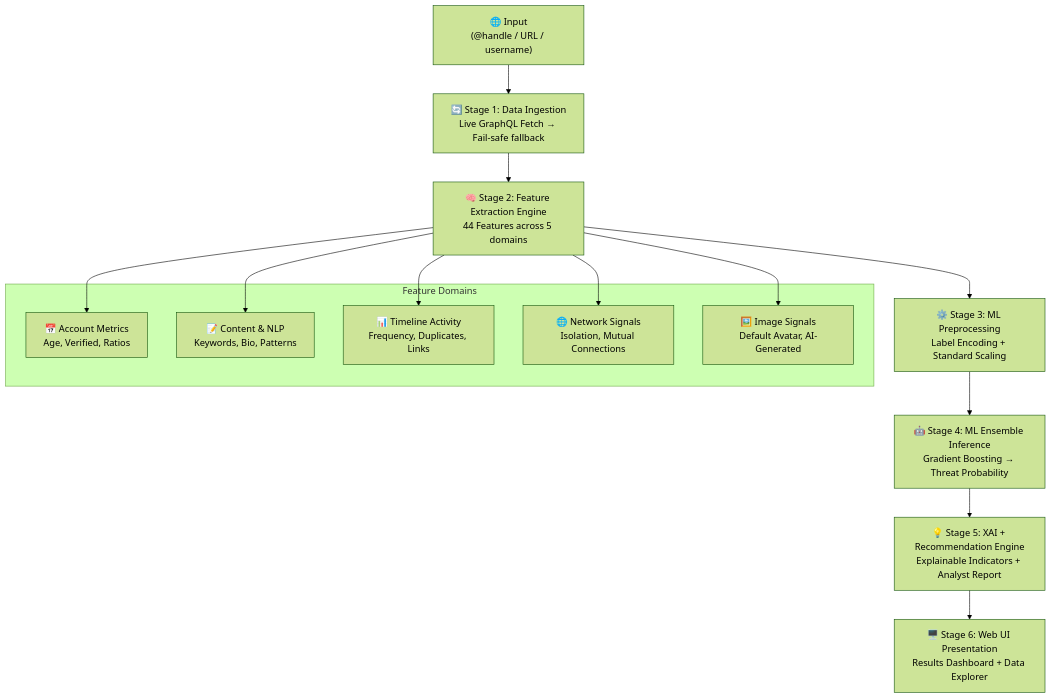
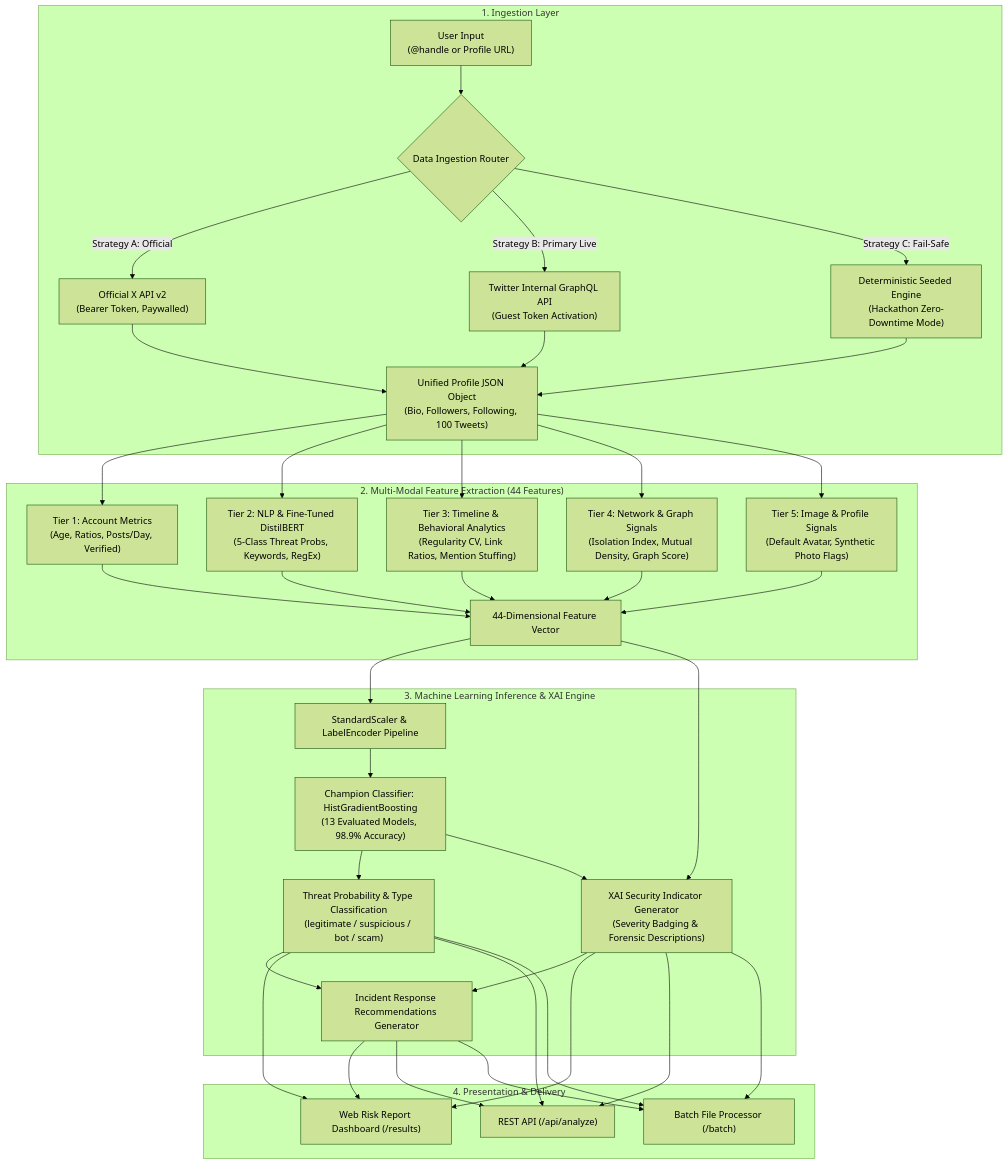
One commit to Abhrxdip/x_spam changed the diagram in README.md. Above: the diagram before and after it, drawn with Mermaid (forest theme). The commit also changed other lines of this file, not shown here.

Commit message:
docs: comprehensive master README with full architecture, module mechanics, DistilBERT benchmarks, mathematical formulas, and SIH roadmap

````diff
--- a/README.md
+++ b/README.md
@@ -50,22 +72,33 @@
 ```mermaid
 flowchart TD
-    A["🌐 Input\n(@handle / URL / username)"]
-    B["🔄 Stage 1: Data Ingestion\nLive GraphQL Fetch → Fail-safe fallback"]
-    C["🧠 Stage 2: Feature Extraction Engine\n44 Features across 5 domains"]
-    D["⚙️ Stage 3: ML Preprocessing\nLabel Encoding + Standard Scaling"]
-    E["🤖 Stage 4: ML Ensemble Inference\nGradient Boosting → Threat Probability"]
-    F["💡 Stage 5: XAI + Recommendation Engine\nExplainable Indicators + Analyst Report"]
-    G["🖥️ Stage 6: Web UI Presentation\nResults Dashboard + Data Explorer"]
-
-    A --> B --> C --> D --> E --> F --> G
-
-    subgraph "Feature Domains"
-        C1["📅 Account Metrics\nAge, Verified, Ratios"]
-        C2["📝 Content & NLP\nKeywords, Bio, Patterns"]
-        C3["📊 Timeline Activity\nFrequency, Duplicates, Links"]
-        C4["🌐 Network Signals\nIsolation, Mutual Connections"]
-        C5["🖼️ Image Signals\nDefault Avatar, AI-Generated"]
+    subgraph "1. Ingestion Layer"
+        A["User Input<br/>(@handle or Profile URL)"] --> B{"Data Ingestion Router"}
+        B -->|Strategy A: Official| C1["Official X API v2<br/>(Bearer Token, Paywalled)"]
+        B -->|Strategy B: Primary Live| C2["Twitter Internal GraphQL API<br/>(Guest Token Activation)"]
+        B -->|Strategy C: Fail-Safe| C3["Deterministic Seeded Engine<br/>(Hackathon Zero-Downtime Mode)"]
+        C1 & C2 & C3 --> D["Unified Profile JSON Object<br/>(Bio, Followers, Following, 100 Tweets)"]
     end
 
-    C --> C1 & C2 & C3 & C4 & C5
+    subgraph "2. Multi-Modal Feature Extraction (44 Features)"
+        D --> F1["Tier 1: Account Metrics<br/>(Age, Ratios, Posts/Day, Verified)"]
+        D --> F2["Tier 2: NLP & Fine-Tuned DistilBERT<br/>(5-Class Threat Probs, Keywords, RegEx)"]
+        D --> F3["Tier 3: Timeline & Behavioral Analytics<br/>(Regularity CV, Link Ratios, Mention Stuffing)"]
+        D --> F4["Tier 4: Network & Graph Signals<br/>(Isolation Index, Mutual Density, Graph Score)"]
+        D --> F5["Tier 5: Image & Profile Signals<br/>(Default Avatar, Synthetic Photo Flags)"]
+        F1 & F2 & F3 & F4 & F5 --> G["44-Dimensional Feature Vector"]
+    end
+
+    subgraph "3. Machine Learning Inference & XAI Engine"
+        G --> H["StandardScaler & LabelEncoder Pipeline"]
+        H --> I["Champion Classifier: HistGradientBoosting<br/>(13 Evaluated Models, 98.9% Accuracy)"]
+        I --> J["Threat Probability & Type Classification<br/>(legitimate / suspicious / bot / scam)"]
+        G & I --> K["XAI Security Indicator Generator<br/>(Severity Badging & Forensic Descriptions)"]
+        J & K --> L["Incident Response Recommendations Generator"]
+    end
+
+    subgraph "4. Presentation & Delivery"
+        J & K & L --> M1["Web Risk Report Dashboard (/results)"]
+        J & K & L --> M2["REST API (/api/analyze)"]
+        J & K & L --> M3["Batch File Processor (/batch)"]
+    end
 ```
````
